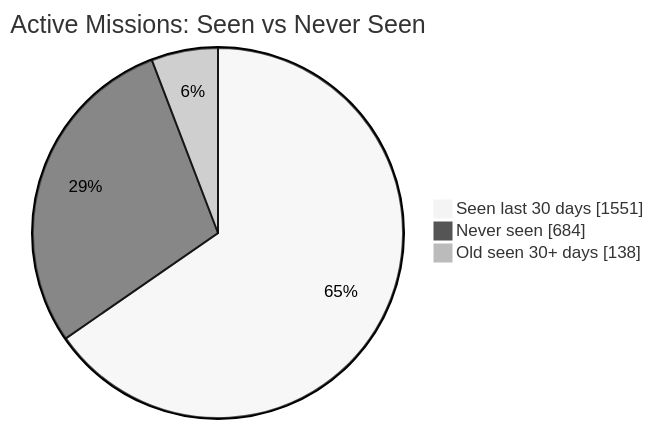
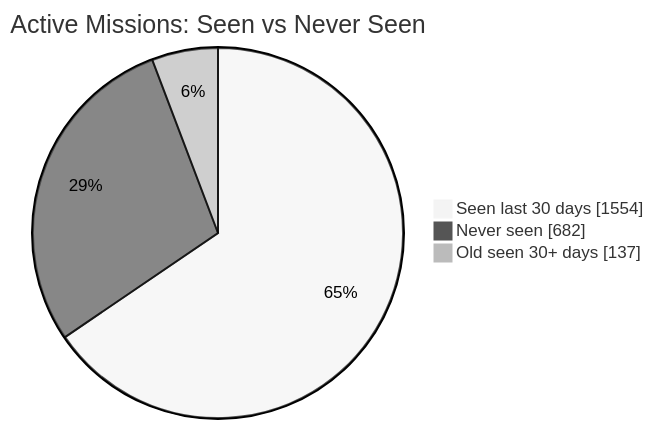
The first of 2 diagrams in README.md (MeldkamerspelGameTeam/active-missions), drawn with Mermaid (neutral theme) before and after one commit. The commit also changed other lines of this file and 3 other files, not shown here.

````diff
--- a/README.md
+++ b/README.md
@@ -34,7 +34,7 @@
 ```mermaid
 pie showData
     title Active Missions: Seen vs Never Seen
-    "Seen last 30 days" : 1551
-    "Never seen" : 684
-    "Old seen 30+ days" : 138
+    "Seen last 30 days" : 1554
+    "Never seen" : 682
+    "Old seen 30+ days" : 137
 ```
````
